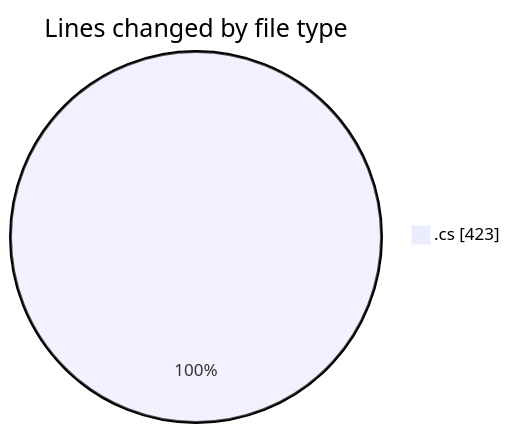
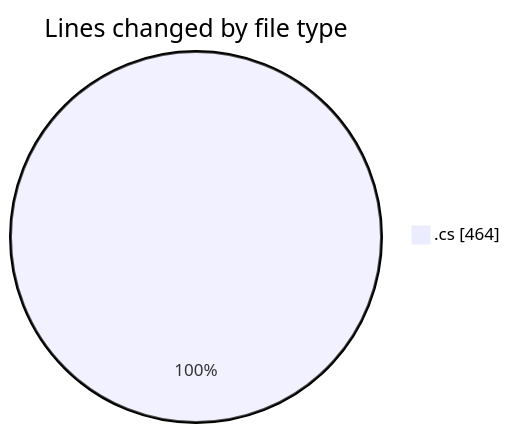
Before and after one commit to lephambinh05/code-tracking: the first of 2 diagrams in 2025-07-15/nhahang/README.md, drawn with Mermaid. The commit also changed other lines of this file and 1 other file, not shown here.

````diff
--- a/2025-07-15/nhahang/README.md
+++ b/2025-07-15/nhahang/README.md
@@ -34,5 +35,5 @@
 ```mermaid
 pie showData
 title Lines changed by file type
-".cs" : 423
+".cs" : 464
 ```
````
